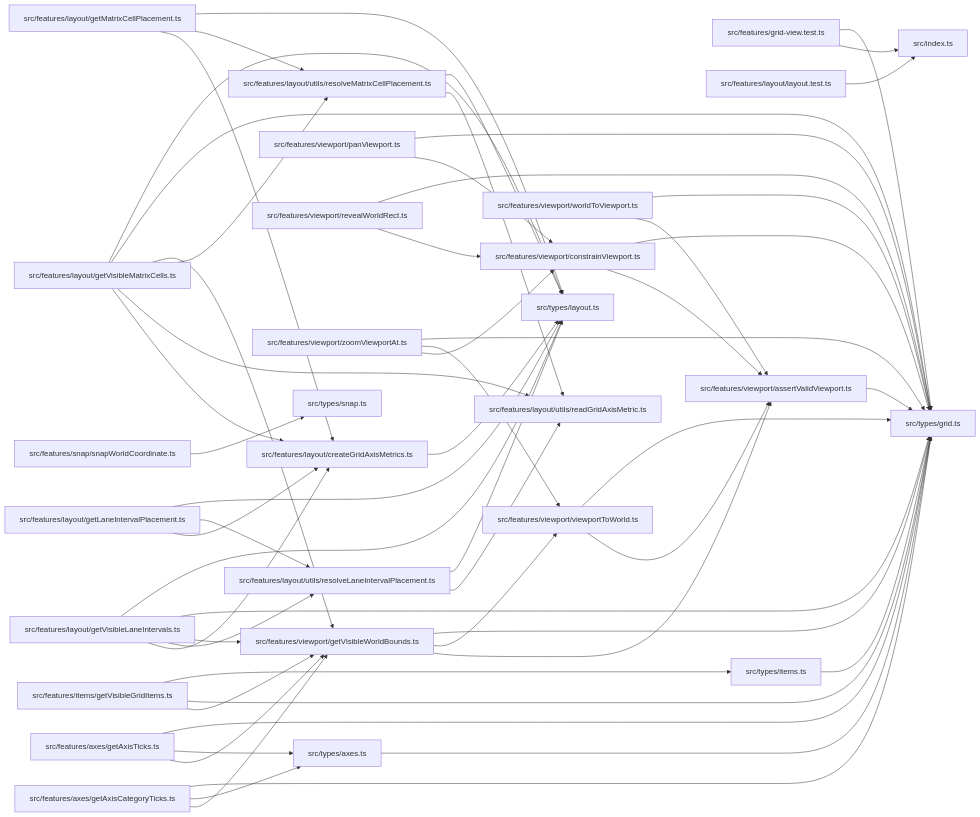
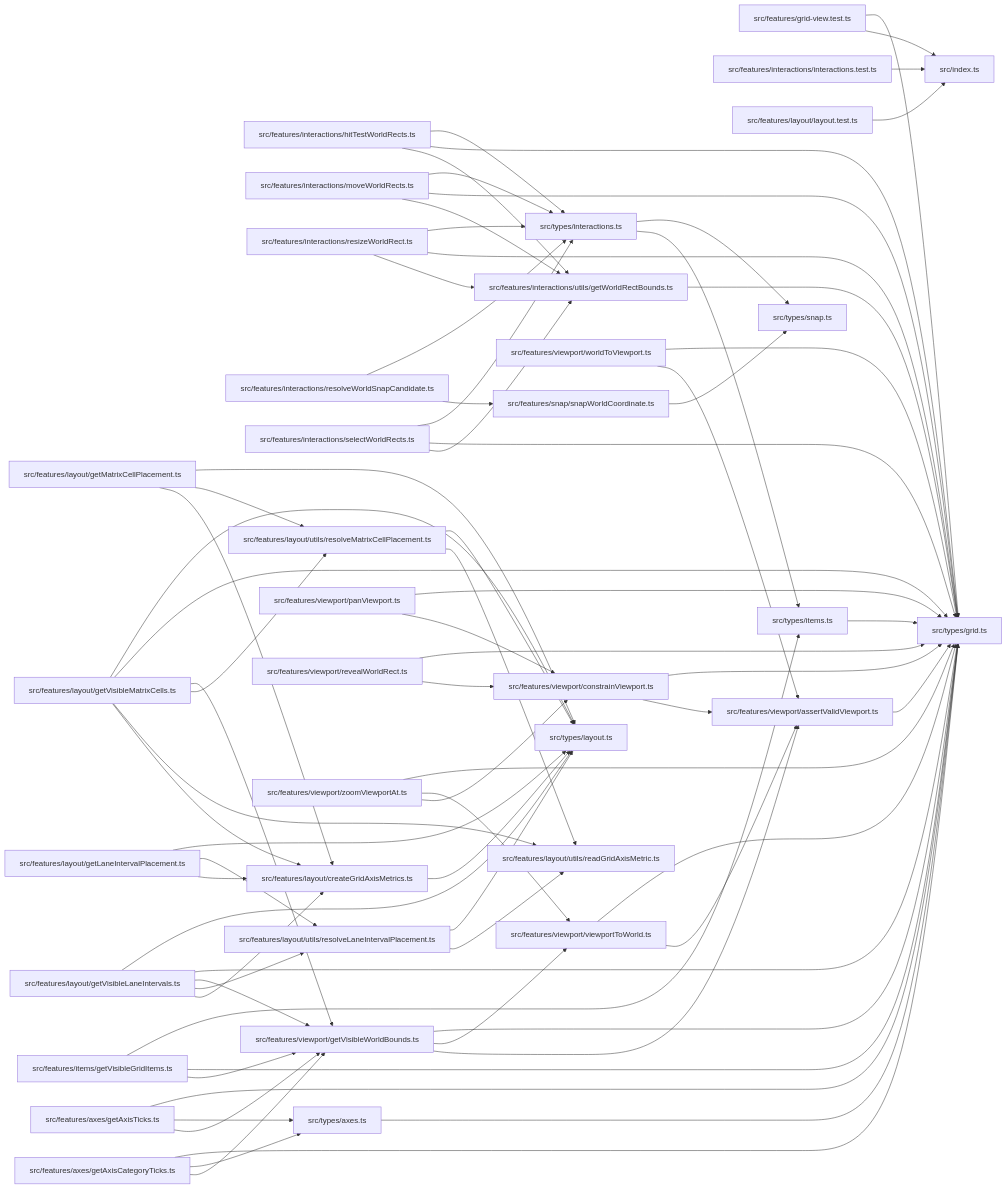
One commit to ankhorage/grid-view changed the diagram in docs/diagrams/module-relationships.mmd. Above: the diagram before and after it, drawn with Mermaid. The commit also changed 15 other files, not shown here.

```diff
--- a/docs/diagrams/module-relationships.mmd
+++ b/docs/diagrams/module-relationships.mmd
@@ -1,83 +1,109 @@
 graph LR
   module_src_features_axes_getAxisCategoryTicks_ts["src/features/axes/getAxisCategoryTicks.ts"]
   module_src_features_axes_getAxisTicks_ts["src/features/axes/getAxisTicks.ts"]
   module_src_features_grid_view_test_ts["src/features/grid-view.test.ts"]
+  module_src_features_interactions_hitTestWorldRects_ts["src/features/interactions/hitTestWorldRects.ts"]
+  module_src_features_interactions_interactions_test_ts["src/features/interactions/interactions.test.ts"]
+  module_src_features_interactions_moveWorldRects_ts["src/features/interactions/moveWorldRects.ts"]
+  module_src_features_interactions_resizeWorldRect_ts["src/features/interactions/resizeWorldRect.ts"]
+  module_src_features_interactions_resolveWorldSnapCandidate_ts["src/features/interactions/resolveWorldSnapCandidate.ts"]
+  module_src_features_interactions_selectWorldRects_ts["src/features/interactions/selectWorldRects.ts"]
+  module_src_features_interactions_utils_getWorldRectBounds_ts["src/features/interactions/utils/getWorldRectBounds.ts"]
   module_src_features_items_getVisibleGridItems_ts["src/features/items/getVisibleGridItems.ts"]
   module_src_features_layout_createGridAxisMetrics_ts["src/features/layout/createGridAxisMetrics.ts"]
   module_src_features_layout_getLaneIntervalPlacement_ts["src/features/layout/getLaneIntervalPlacement.ts"]
   module_src_features_layout_getMatrixCellPlacement_ts["src/features/layout/getMatrixCellPlacement.ts"]
   module_src_features_layout_getVisibleLaneIntervals_ts["src/features/layout/getVisibleLaneIntervals.ts"]
   module_src_features_layout_getVisibleMatrixCells_ts["src/features/layout/getVisibleMatrixCells.ts"]
   module_src_features_layout_layout_test_ts["src/features/layout/layout.test.ts"]
   module_src_features_layout_utils_readGridAxisMetric_ts["src/features/layout/utils/readGridAxisMetric.ts"]
   module_src_features_layout_utils_resolveLaneIntervalPlacement_ts["src/features/layout/utils/resolveLaneIntervalPlacement.ts"]
   module_src_features_layout_utils_resolveMatrixCellPlacement_ts["src/features/layout/utils/resolveMatrixCellPlacement.ts"]
   module_src_features_snap_snapWorldCoordinate_ts["src/features/snap/snapWorldCoordinate.ts"]
   module_src_features_viewport_assertValidViewport_ts["src/features/viewport/assertValidViewport.ts"]
   module_src_features_viewport_constrainViewport_ts["src/features/viewport/constrainViewport.ts"]
   module_src_features_viewport_getVisibleWorldBounds_ts["src/features/viewport/getVisibleWorldBounds.ts"]
   module_src_features_viewport_panViewport_ts["src/features/viewport/panViewport.ts"]
   module_src_features_viewport_revealWorldRect_ts["src/features/viewport/revealWorldRect.ts"]
   module_src_features_viewport_viewportToWorld_ts["src/features/viewport/viewportToWorld.ts"]
   module_src_features_viewport_worldToViewport_ts["src/features/viewport/worldToViewport.ts"]
   module_src_features_viewport_zoomViewportAt_ts["src/features/viewport/zoomViewportAt.ts"]
   module_src_index_ts["src/index.ts"]
   module_src_types_axes_ts["src/types/axes.ts"]
   module_src_types_grid_ts["src/types/grid.ts"]
+  module_src_types_interactions_ts["src/types/interactions.ts"]
   module_src_types_items_ts["src/types/items.ts"]
   module_src_types_layout_ts["src/types/layout.ts"]
   module_src_types_snap_ts["src/types/snap.ts"]
   module_src_features_axes_getAxisCategoryTicks_ts --> module_src_features_viewport_getVisibleWorldBounds_ts
   module_src_features_axes_getAxisCategoryTicks_ts --> module_src_types_axes_ts
   module_src_features_axes_getAxisCategoryTicks_ts --> module_src_types_grid_ts
   module_src_features_axes_getAxisTicks_ts --> module_src_features_viewport_getVisibleWorldBounds_ts
   module_src_features_axes_getAxisTicks_ts --> module_src_types_axes_ts
   module_src_features_axes_getAxisTicks_ts --> module_src_types_grid_ts
   module_src_features_grid_view_test_ts --> module_src_index_ts
   module_src_features_grid_view_test_ts --> module_src_types_grid_ts
+  module_src_features_interactions_hitTestWorldRects_ts --> module_src_features_interactions_utils_getWorldRectBounds_ts
+  module_src_features_interactions_hitTestWorldRects_ts --> module_src_types_grid_ts
+  module_src_features_interactions_hitTestWorldRects_ts --> module_src_types_interactions_ts
+  module_src_features_interactions_interactions_test_ts --> module_src_index_ts
+  module_src_features_interactions_moveWorldRects_ts --> module_src_features_interactions_utils_getWorldRectBounds_ts
+  module_src_features_interactions_moveWorldRects_ts --> module_src_types_grid_ts
+  module_src_features_interactions_moveWorldRects_ts --> module_src_types_interactions_ts
+  module_src_features_interactions_resizeWorldRect_ts --> module_src_features_interactions_utils_getWorldRectBounds_ts
+  module_src_features_interactions_resizeWorldRect_ts --> module_src_types_grid_ts
+  module_src_features_interactions_resizeWorldRect_ts --> module_src_types_interactions_ts
+  module_src_features_interactions_resolveWorldSnapCandidate_ts --> module_src_features_snap_snapWorldCoordinate_ts
+  module_src_features_interactions_resolveWorldSnapCandidate_ts --> module_src_types_interactions_ts
+  module_src_features_interactions_selectWorldRects_ts --> module_src_features_interactions_utils_getWorldRectBounds_ts
+  module_src_features_interactions_selectWorldRects_ts --> module_src_types_grid_ts
+  module_src_features_interactions_selectWorldRects_ts --> module_src_types_interactions_ts
+  module_src_features_interactions_utils_getWorldRectBounds_ts --> module_src_types_grid_ts
   module_src_features_items_getVisibleGridItems_ts --> module_src_features_viewport_getVisibleWorldBounds_ts
   module_src_features_items_getVisibleGridItems_ts --> module_src_types_grid_ts
   module_src_features_items_getVisibleGridItems_ts --> module_src_types_items_ts
   module_src_features_layout_createGridAxisMetrics_ts --> module_src_types_layout_ts
   module_src_features_layout_getLaneIntervalPlacement_ts --> module_src_features_layout_createGridAxisMetrics_ts
   module_src_features_layout_getLaneIntervalPlacement_ts --> module_src_features_layout_utils_resolveLaneIntervalPlacement_ts
   module_src_features_layout_getLaneIntervalPlacement_ts --> module_src_types_layout_ts
   module_src_features_layout_getMatrixCellPlacement_ts --> module_src_features_layout_createGridAxisMetrics_ts
   module_src_features_layout_getMatrixCellPlacement_ts --> module_src_features_layout_utils_resolveMatrixCellPlacement_ts
   module_src_features_layout_getMatrixCellPlacement_ts --> module_src_types_layout_ts
   module_src_features_layout_getVisibleLaneIntervals_ts --> module_src_features_layout_createGridAxisMetrics_ts
   module_src_features_layout_getVisibleLaneIntervals_ts --> module_src_features_layout_utils_resolveLaneIntervalPlacement_ts
   module_src_features_layout_getVisibleLaneIntervals_ts --> module_src_features_viewport_getVisibleWorldBounds_ts
   module_src_features_layout_getVisibleLaneIntervals_ts --> module_src_types_grid_ts
   module_src_features_layout_getVisibleLaneIntervals_ts --> module_src_types_layout_ts
   module_src_features_layout_getVisibleMatrixCells_ts --> module_src_features_layout_createGridAxisMetrics_ts
   module_src_features_layout_getVisibleMatrixCells_ts --> module_src_features_layout_utils_readGridAxisMetric_ts
   module_src_features_layout_getVisibleMatrixCells_ts --> module_src_features_layout_utils_resolveMatrixCellPlacement_ts
   module_src_features_layout_getVisibleMatrixCells_ts --> module_src_features_viewport_getVisibleWorldBounds_ts
   module_src_features_layout_getVisibleMatrixCells_ts --> module_src_types_grid_ts
   module_src_features_layout_getVisibleMatrixCells_ts --> module_src_types_layout_ts
   module_src_features_layout_layout_test_ts --> module_src_index_ts
   module_src_features_layout_utils_resolveLaneIntervalPlacement_ts --> module_src_features_layout_utils_readGridAxisMetric_ts
   module_src_features_layout_utils_resolveLaneIntervalPlacement_ts --> module_src_types_layout_ts
   module_src_features_layout_utils_resolveMatrixCellPlacement_ts --> module_src_features_layout_utils_readGridAxisMetric_ts
   module_src_features_layout_utils_resolveMatrixCellPlacement_ts --> module_src_types_layout_ts
   module_src_features_snap_snapWorldCoordinate_ts --> module_src_types_snap_ts
   module_src_features_viewport_assertValidViewport_ts --> module_src_types_grid_ts
   module_src_features_viewport_constrainViewport_ts --> module_src_features_viewport_assertValidViewport_ts
   module_src_features_viewport_constrainViewport_ts --> module_src_types_grid_ts
   module_src_features_viewport_getVisibleWorldBounds_ts --> module_src_features_viewport_assertValidViewport_ts
   module_src_features_viewport_getVisibleWorldBounds_ts --> module_src_features_viewport_viewportToWorld_ts
   module_src_features_viewport_getVisibleWorldBounds_ts --> module_src_types_grid_ts
   module_src_features_viewport_panViewport_ts --> module_src_features_viewport_constrainViewport_ts
   module_src_features_viewport_panViewport_ts --> module_src_types_grid_ts
   module_src_features_viewport_revealWorldRect_ts --> module_src_features_viewport_constrainViewport_ts
   module_src_features_viewport_revealWorldRect_ts --> module_src_types_grid_ts
   module_src_features_viewport_viewportToWorld_ts --> module_src_features_viewport_assertValidViewport_ts
   module_src_features_viewport_viewportToWorld_ts --> module_src_types_grid_ts
   module_src_features_viewport_worldToViewport_ts --> module_src_features_viewport_assertValidViewport_ts
   module_src_features_viewport_worldToViewport_ts --> module_src_types_grid_ts
   module_src_features_viewport_zoomViewportAt_ts --> module_src_features_viewport_constrainViewport_ts
   module_src_features_viewport_zoomViewportAt_ts --> module_src_features_viewport_viewportToWorld_ts
   module_src_features_viewport_zoomViewportAt_ts --> module_src_types_grid_ts
   module_src_types_axes_ts --> module_src_types_grid_ts
+  module_src_types_interactions_ts --> module_src_types_items_ts
+  module_src_types_interactions_ts --> module_src_types_snap_ts
   module_src_types_items_ts --> module_src_types_grid_ts
```
